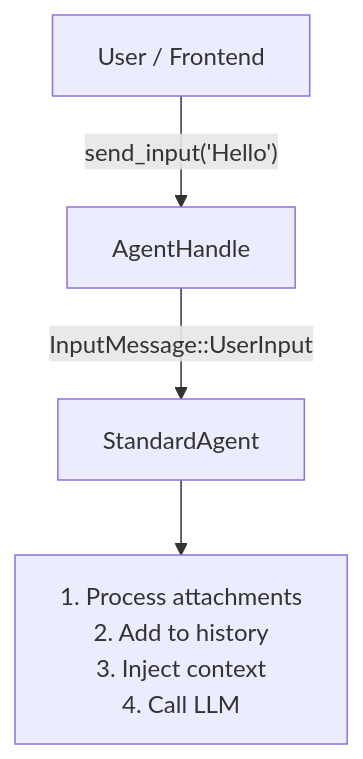
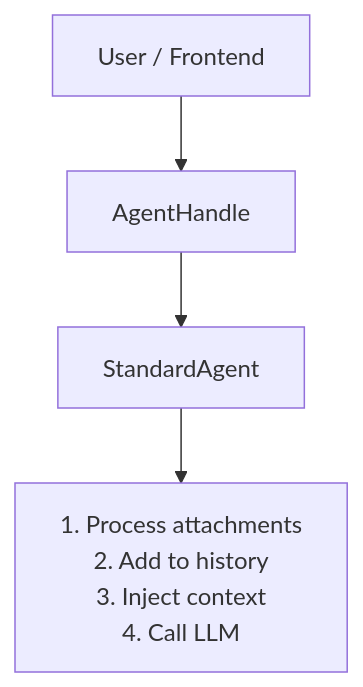
Before and after one commit to HourSense/picrust: the second of 5 diagrams in docs/concepts/architecture.mdx, drawn with Mermaid. The commit also changed other lines of this file and 9 other files, not shown here.

Commit message:
Add custom CSS for Mermaid diagrams and update documentation for improved clarity with HTML line breaks.

````diff
--- a/docs/concepts/architecture.mdx
+++ b/docs/concepts/architecture.mdx
@@ -148,11 +148,11 @@
 ```mermaid
 flowchart TB
     User["User / Frontend"]
     Handle["AgentHandle"]
     Agent["StandardAgent"]
-    Steps["1. Process attachments\n2. Add to history\n3. Inject context\n4. Call LLM"]
+    Steps["1. Process attachments<br/>2. Add to history<br/>3. Inject context<br/>4. Call LLM"]
 
-    User -- "send_input('Hello')" --> Handle
-    Handle -- "InputMessage::UserInput" --> Agent
+    User --> Handle
+    Handle --> Agent
     Agent --> Steps
 ```
````
